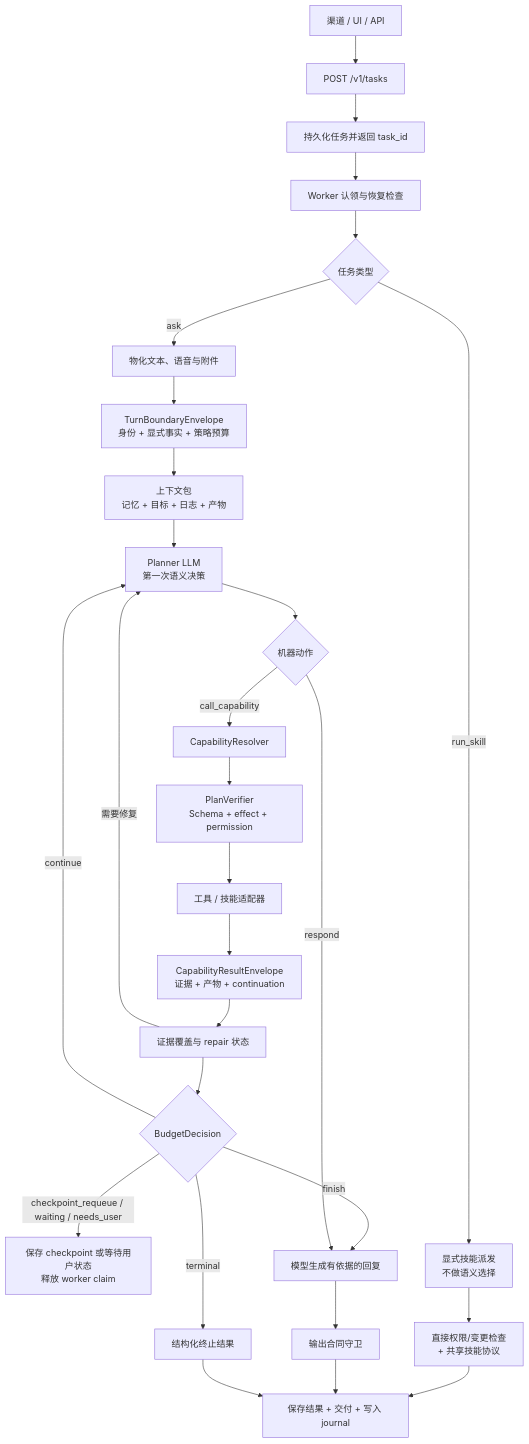
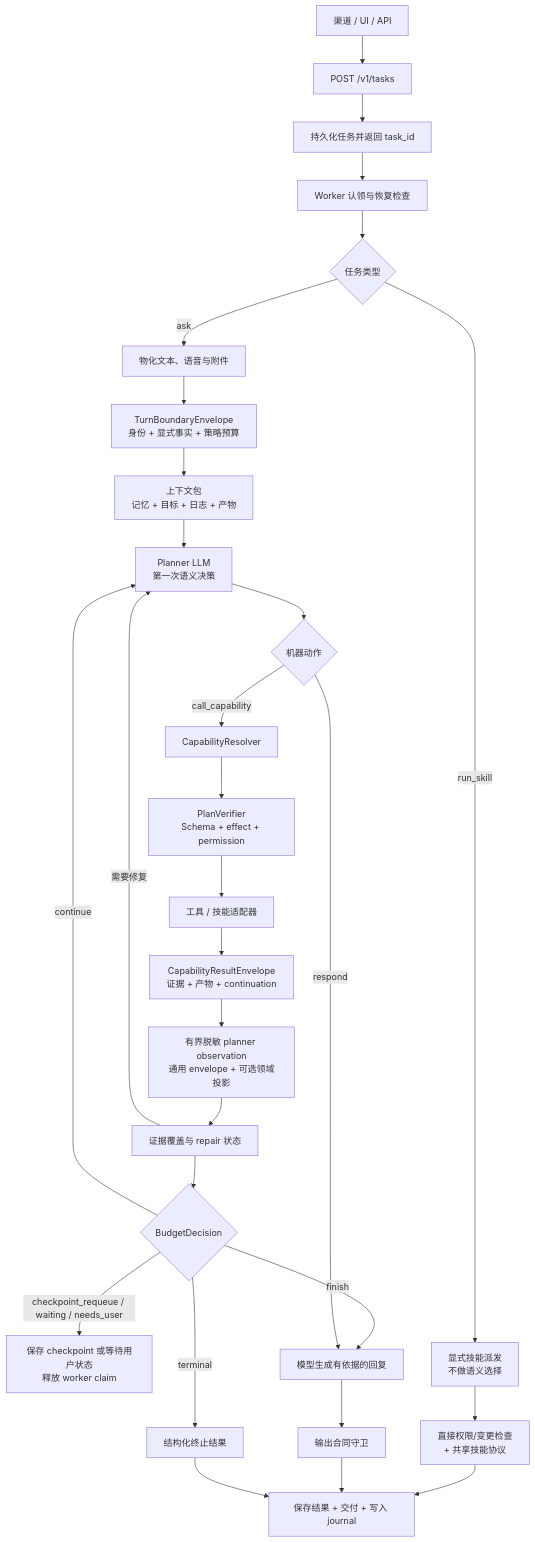
One commit to MatrixCoreX/RustClaw changed the diagram in docs/architecture/01-agent-loop.zh-CN.md. Above: the diagram before and after it, drawn with Mermaid. The commit also changed other lines of this file and 5 other files, not shown here.

````diff
--- a/docs/architecture/01-agent-loop.zh-CN.md
+++ b/docs/architecture/01-agent-loop.zh-CN.md
@@ -10,30 +10,31 @@
 ```mermaid
 flowchart TD
     A[渠道 / UI / API] --> B[POST /v1/tasks]
     B --> C[持久化任务并返回 task_id]
     C --> D[Worker 认领与恢复检查]
     D --> E{任务类型}
     E -->|ask| F[物化文本、语音与附件]
     F --> G[TurnBoundaryEnvelope<br/>身份 + 显式事实 + 策略预算]
     G --> H[上下文包<br/>记忆 + 目标 + 日志 + 产物]
     H --> I[Planner LLM<br/>第一次语义决策]
     I --> J{机器动作}
     J -->|call_capability| K[CapabilityResolver]
     K --> L[PlanVerifier<br/>Schema + effect + permission]
     L --> M[工具 / 技能适配器]
     M --> N[CapabilityResultEnvelope<br/>证据 + 产物 + continuation]
-    N --> O[证据覆盖与 repair 状态]
+    N --> NX[有界脱敏 planner observation<br/>通用 envelope + 可选领域投影]
+    NX --> O[证据覆盖与 repair 状态]
     O -->|需要修复| I
     O --> P{BudgetDecision}
     P -->|continue| I
     P -->|checkpoint_requeue / waiting / needs_user| U[保存 checkpoint 或等待用户状态<br/>释放 worker claim]
     P -->|finish| Q[模型生成有依据的回复]
     P -->|terminal| V[结构化终止结果]
     J -->|respond| Q
     E -->|run_skill| R[显式技能派发<br/>不做语义选择]
     R --> W[直接权限/变更检查<br/>+ 共享技能协议]
     W --> T
     Q --> S[输出合同守卫]
     S --> T[保存结果 + 交付 + 写入 journal]
     V --> T
 ```
````
